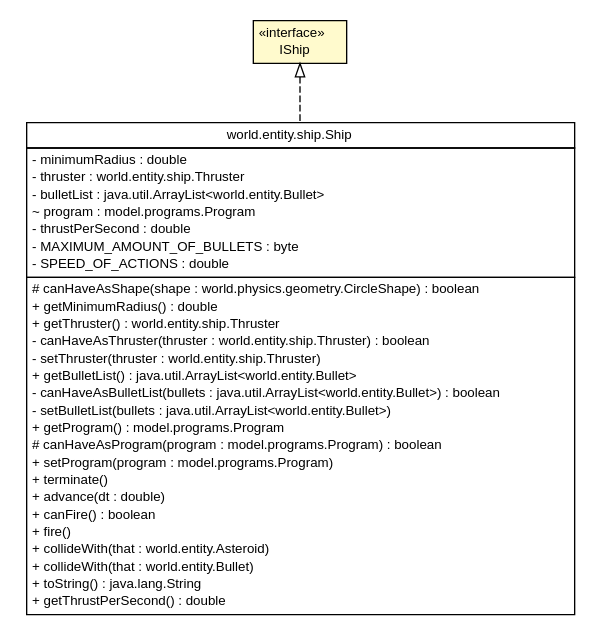
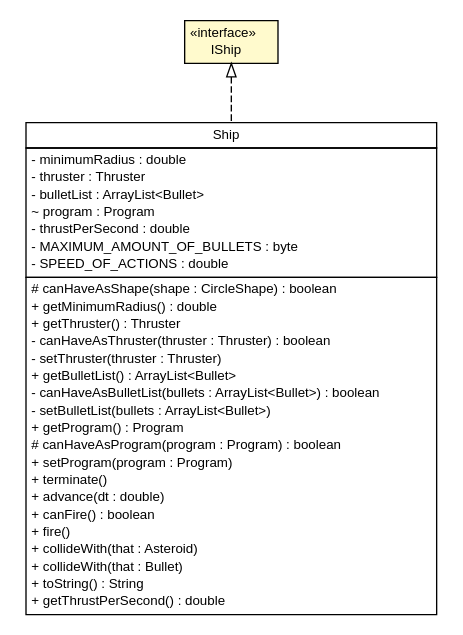
The diagram in doc/model/IShip.dot (sinopeus/asteroids), drawn with Graphviz before and after one commit. The commit also changed 412 other files, not shown here.

Commit message:
Some more UML shit.

```diff
--- a/doc/model/IShip.dot
+++ b/doc/model/IShip.dot
@@ -1,57 +1,57 @@
 #!/usr/local/bin/dot
 #
 # Class diagram 
 # Generated by UMLGraph version R5_6 (http://www.umlgraph.org/)
 #
 
 digraph G {
 	edge [fontname="Helvetica",fontsize=10,labelfontname="Helvetica",labelfontsize=10];
 	node [fontname="Helvetica",fontsize=10,shape=plaintext];
 	nodesep=0.25;
 	ranksep=0.5;
 	// model.IShip
 	c11679 [label=<<table title="model.IShip" border="0" cellborder="1" cellspacing="0" cellpadding="2" port="p" bgcolor="lemonChiffon" href="./IShip.html">
 		<tr><td><table border="0" cellspacing="0" cellpadding="1">
 <tr><td align="center" balign="center"> &#171;interface&#187; </td></tr>
 <tr><td align="center" balign="center"> IShip </td></tr>
 		</table></td></tr>
 		</table>>, URL="./IShip.html", fontname="Helvetica", fontcolor="black", fontsize=10.0];
 	// world.entity.ship.Ship
 	c11772 [label=<<table title="world.entity.ship.Ship" border="0" cellborder="1" cellspacing="0" cellpadding="2" port="p" href="../world/entity/ship/Ship.html">
 		<tr><td><table border="0" cellspacing="0" cellpadding="1">
-<tr><td align="center" balign="center"> world.entity.ship.Ship </td></tr>
+<tr><td align="center" balign="center"> Ship </td></tr>
 		</table></td></tr>
 		<tr><td><table border="0" cellspacing="0" cellpadding="1">
 <tr><td align="left" balign="left"> - minimumRadius : double </td></tr>
-<tr><td align="left" balign="left"> - thruster : world.entity.ship.Thruster </td></tr>
-<tr><td align="left" balign="left"> - bulletList : java.util.ArrayList&lt;world.entity.Bullet&gt; </td></tr>
-<tr><td align="left" balign="left"> ~ program : model.programs.Program </td></tr>
+<tr><td align="left" balign="left"> - thruster : Thruster </td></tr>
+<tr><td align="left" balign="left"> - bulletList : ArrayList&lt;Bullet&gt; </td></tr>
+<tr><td align="left" balign="left"> ~ program : Program </td></tr>
 <tr><td align="left" balign="left"> - thrustPerSecond : double </td></tr>
 <tr><td align="left" balign="left"> - MAXIMUM_AMOUNT_OF_BULLETS : byte </td></tr>
 <tr><td align="left" balign="left"> - SPEED_OF_ACTIONS : double </td></tr>
 		</table></td></tr>
 		<tr><td><table border="0" cellspacing="0" cellpadding="1">
-<tr><td align="left" balign="left"> # canHaveAsShape(shape : world.physics.geometry.CircleShape) : boolean </td></tr>
+<tr><td align="left" balign="left"> # canHaveAsShape(shape : CircleShape) : boolean </td></tr>
 <tr><td align="left" balign="left"> + getMinimumRadius() : double </td></tr>
-<tr><td align="left" balign="left"> + getThruster() : world.entity.ship.Thruster </td></tr>
-<tr><td align="left" balign="left"> - canHaveAsThruster(thruster : world.entity.ship.Thruster) : boolean </td></tr>
-<tr><td align="left" balign="left"> - setThruster(thruster : world.entity.ship.Thruster) </td></tr>
-<tr><td align="left" balign="left"> + getBulletList() : java.util.ArrayList&lt;world.entity.Bullet&gt; </td></tr>
-<tr><td align="left" balign="left"> - canHaveAsBulletList(bullets : java.util.ArrayList&lt;world.entity.Bullet&gt;) : boolean </td></tr>
-<tr><td align="left" balign="left"> - setBulletList(bullets : java.util.ArrayList&lt;world.entity.Bullet&gt;) </td></tr>
-<tr><td align="left" balign="left"> + getProgram() : model.programs.Program </td></tr>
-<tr><td align="left" balign="left"> # canHaveAsProgram(program : model.programs.Program) : boolean </td></tr>
-<tr><td align="left" balign="left"> + setProgram(program : model.programs.Program) </td></tr>
+<tr><td align="left" balign="left"> + getThruster() : Thruster </td></tr>
+<tr><td align="left" balign="left"> - canHaveAsThruster(thruster : Thruster) : boolean </td></tr>
+<tr><td align="left" balign="left"> - setThruster(thruster : Thruster) </td></tr>
+<tr><td align="left" balign="left"> + getBulletList() : ArrayList&lt;Bullet&gt; </td></tr>
+<tr><td align="left" balign="left"> - canHaveAsBulletList(bullets : ArrayList&lt;Bullet&gt;) : boolean </td></tr>
+<tr><td align="left" balign="left"> - setBulletList(bullets : ArrayList&lt;Bullet&gt;) </td></tr>
+<tr><td align="left" balign="left"> + getProgram() : Program </td></tr>
+<tr><td align="left" balign="left"> # canHaveAsProgram(program : Program) : boolean </td></tr>
+<tr><td align="left" balign="left"> + setProgram(program : Program) </td></tr>
 <tr><td align="left" balign="left"> + terminate() </td></tr>
 <tr><td align="left" balign="left"> + advance(dt : double) </td></tr>
 <tr><td align="left" balign="left"> + canFire() : boolean </td></tr>
 <tr><td align="left" balign="left"> + fire() </td></tr>
-<tr><td align="left" balign="left"> + collideWith(that : world.entity.Asteroid) </td></tr>
-<tr><td align="left" balign="left"> + collideWith(that : world.entity.Bullet) </td></tr>
-<tr><td align="left" balign="left"> + toString() : java.lang.String </td></tr>
+<tr><td align="left" balign="left"> + collideWith(that : Asteroid) </td></tr>
+<tr><td align="left" balign="left"> + collideWith(that : Bullet) </td></tr>
+<tr><td align="left" balign="left"> + toString() : String </td></tr>
 <tr><td align="left" balign="left"> + getThrustPerSecond() : double </td></tr>
 		</table></td></tr>
 		</table>>, URL="../world/entity/ship/Ship.html", fontname="Helvetica", fontcolor="black", fontsize=10.0];
 	//world.entity.ship.Ship implements model.IShip
 	c11679:p -> c11772:p [dir=back,arrowtail=empty,style=dashed];
 }
```
